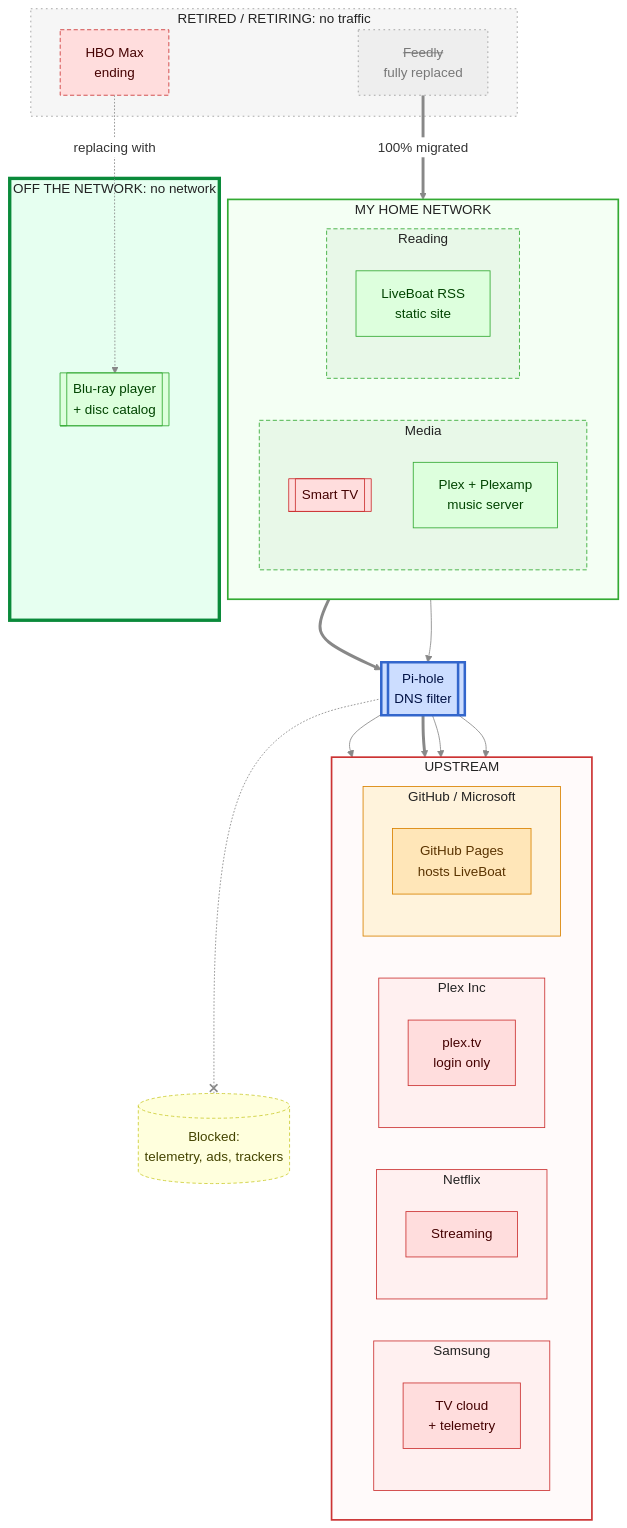
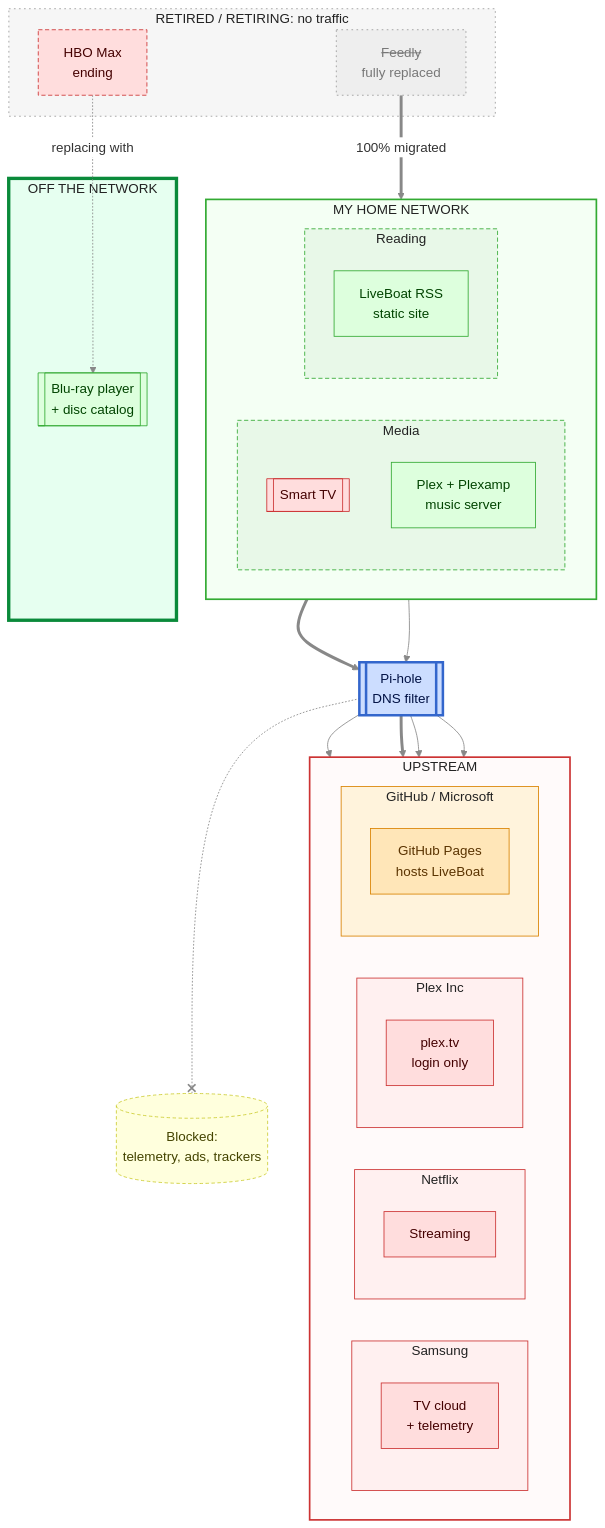
One commit to lowlydba/torch-the-tech changed the second of 5 diagrams in README.md. Above: the diagram before and after it, drawn with Mermaid.

Commit message:
Simplify offline container title

```diff
--- a/README.md
+++ b/README.md
@@ -93,7 +93,7 @@
         hbo[HBO Max<br/>ending]
     end
 
-    subgraph offline["OFF THE NETWORK: no network"]
+    subgraph offline["OFF THE NETWORK"]
         bluray[[Blu-ray player<br/>+ disc catalog]]
     end
 
```
